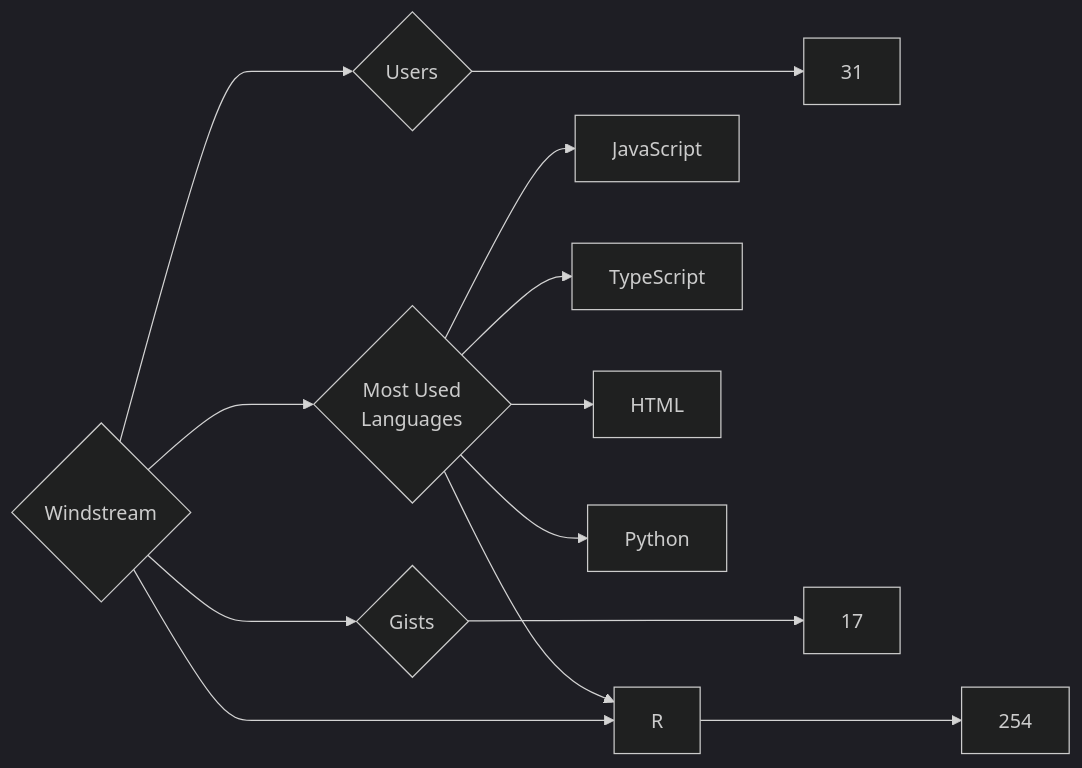
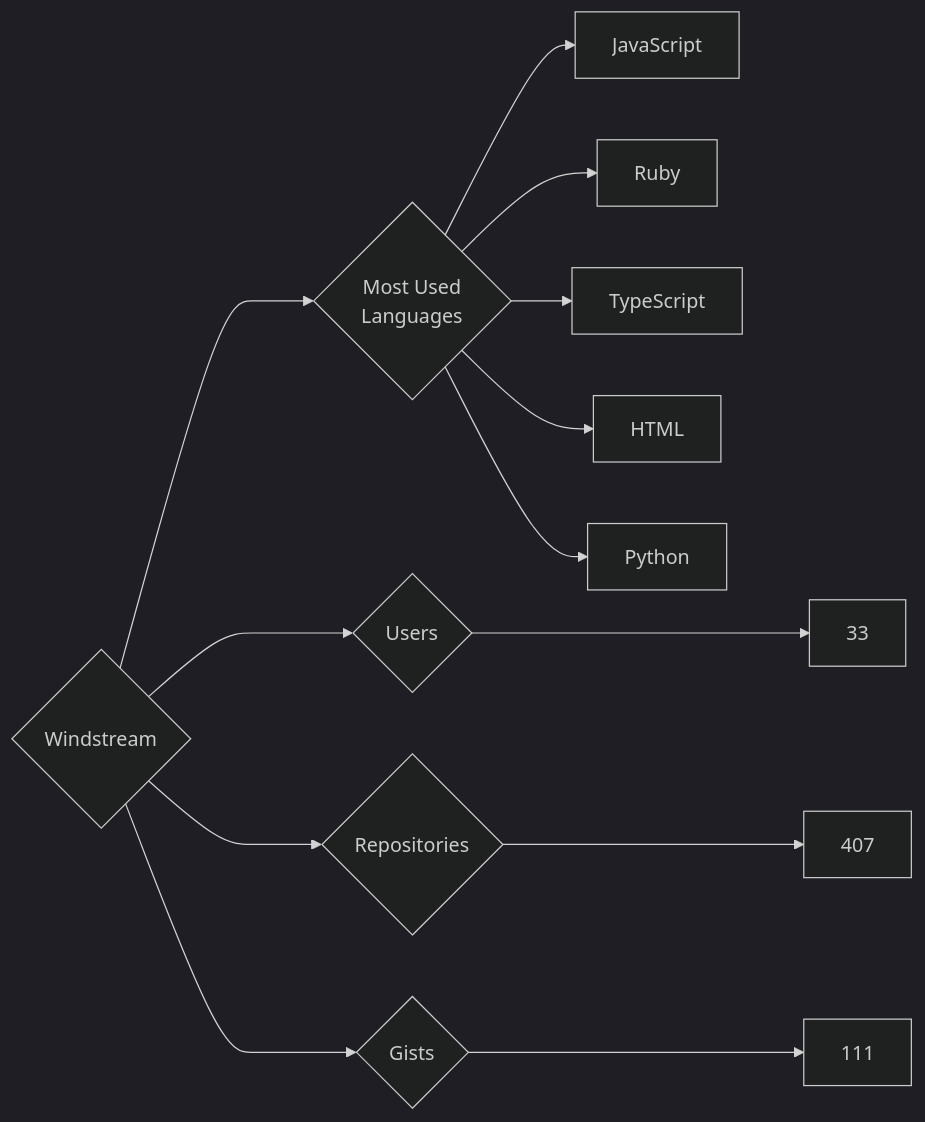
Before and after one commit to trickest/insiders: the diagram in targets/Windstream/README.md, drawn with Mermaid (dark theme). The commit also changed 770 other files, not shown here.

````diff
--- a/targets/Windstream/README.md
+++ b/targets/Windstream/README.md
@@ -3,13 +3,13 @@
 ```mermaid
 graph LR
 COMPANY_NAME{Windstream}
-COMPANY_NAME ---> U{Users} ---> UN[31]
-COMPANY_NAME ---> R{Repositories} ---> RN[254]
-COMPANY_NAME ---> G{Gists} ---> GN[17]
+COMPANY_NAME ---> U{Users} ---> UN[33]
+COMPANY_NAME ---> R{Repositories} ---> RN[407]
+COMPANY_NAME ---> G{Gists} ---> GN[111]
 COMPANY_NAME ---> ML{Most Used<br>Languages}
 ML --> JavaScript[JavaScript]
+ML --> Ruby[Ruby]
 ML --> TypeScript[TypeScript]
 ML --> HTML[HTML]
 ML --> Python[Python]
-ML --> R[R]
 ```
````
